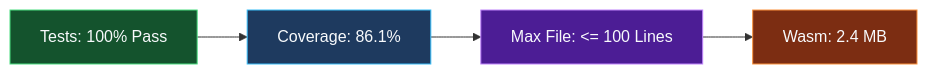
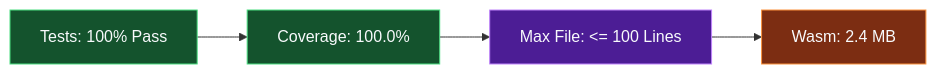
The second of 2 diagrams in metrics.md (thomascherickal/go-ai-gateway), drawn with Mermaid before and after one commit. The commit also changed other lines of this file and 19 other files, not shown here.

````diff
--- a/metrics.md
+++ b/metrics.md
@@ -13,10 +13,10 @@
 ```mermaid
 flowchart LR
-  M1["Tests: 100% Pass"] --> M2["Coverage: 86.1%"]
+  M1["Tests: 100% Pass"] --> M2["Coverage: 100.0%"]
   M2 --> M3["Max File: <= 100 Lines"]
   M3 --> M4["Wasm: 2.4 MB"]
   style M1 fill:#14532d,stroke:#4ade80,color:#f8fafc
-  style M2 fill:#1e3a5f,stroke:#38bdf8,color:#f8fafc
+  style M2 fill:#14532d,stroke:#4ade80,color:#f8fafc
   style M3 fill:#4c1d95,stroke:#c084fc,color:#f8fafc
   style M4 fill:#7c2d12,stroke:#fb923c,color:#f8fafc
 ```
````
